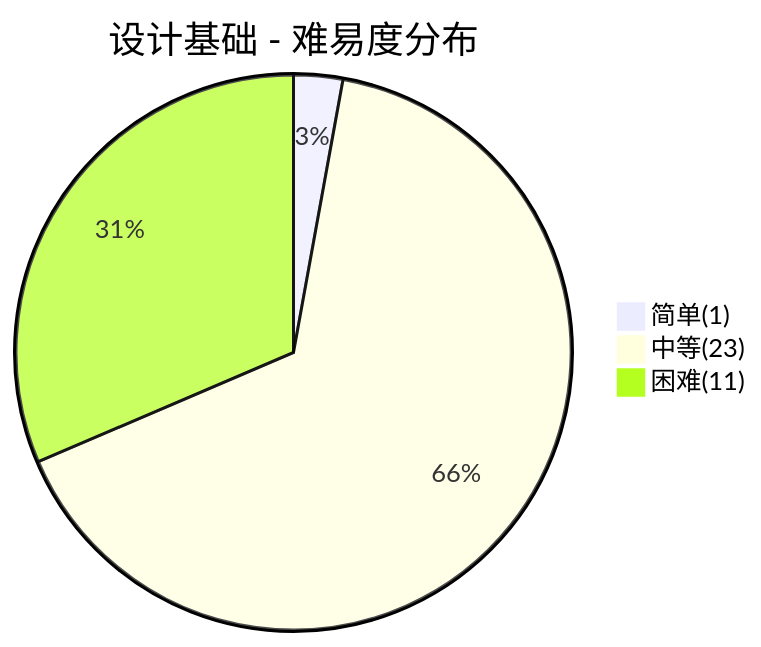
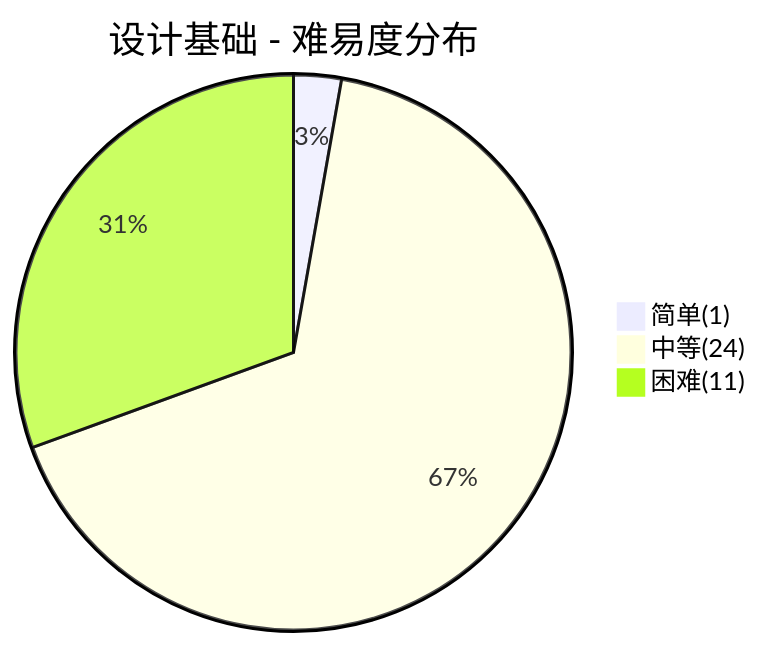
One commit to dunwu/waterdrop changed the first of 6 diagrams in docs/99.面试/设计面试.md. Above: the diagram before and after it, drawn with Mermaid. The commit also changed other lines of this file and 50 other files, not shown here.

````diff
--- a/docs/99.面试/设计面试.md
+++ b/docs/99.面试/设计面试.md
@@ -28,6 +28,6 @@
 ```mermaid
 pie title 设计基础 - 难易度分布
     "简单(1)" : 1
-    "中等(23)" : 23
+    "中等(24)" : 24
     "困难(11)" : 11
 ```
````
